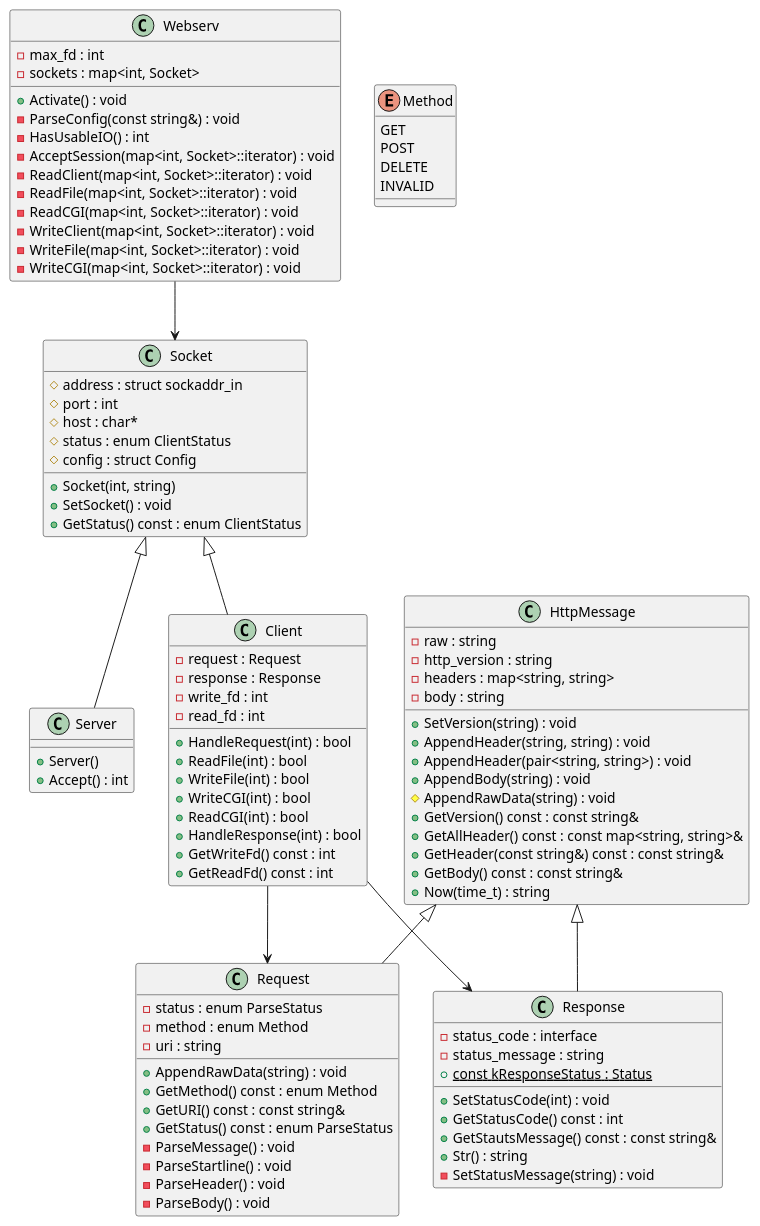
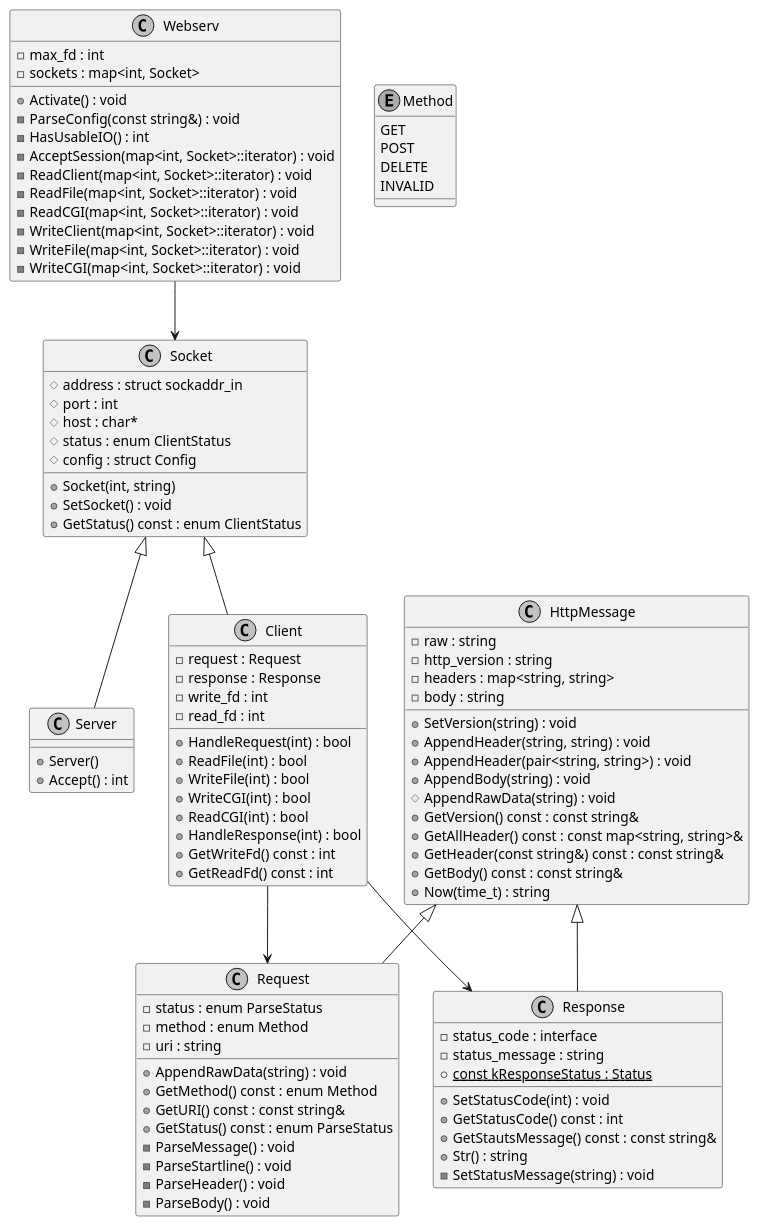
One commit to tkomatsu/webserv changed the diagram in docs/webserb.pu. Above: the diagram before and after it, drawn with PlantUML.

Commit message:
docs(uml): change color to monochrome

```diff
--- a/docs/webserb.pu
+++ b/docs/webserb.pu
@@ -1,106 +1,109 @@
 @startuml webserv
+
+skinparam monochrome true
+skinparam shadowing false
 
 class Webserv {
   - max_fd : int
   - sockets : map<int, Socket>
   + Activate() : void
   - ParseConfig(const string&) : void
   - HasUsableIO() : int
   - AcceptSession(map<int, Socket>::iterator) : void
   - ReadClient(map<int, Socket>::iterator) : void
   - ReadFile(map<int, Socket>::iterator) : void
   - ReadCGI(map<int, Socket>::iterator) : void
   - WriteClient(map<int, Socket>::iterator) : void
   - WriteFile(map<int, Socket>::iterator) : void
   - WriteCGI(map<int, Socket>::iterator) : void
 }
 
 class Socket {
   # address : struct sockaddr_in
   # port : int
   # host : char*
   # status : enum ClientStatus
   # config : struct Config
   + Socket(int, string)
   + SetSocket() : void
   + GetStatus() const : enum ClientStatus
 }
 
 class Server {
   + Server()
   + Accept() : int
 }
 
 class Client {
   - request : Request
   - response : Response
   - write_fd : int
   - read_fd : int
   + HandleRequest(int) : bool
   + ReadFile(int) : bool
   + WriteFile(int) : bool
   + WriteCGI(int) : bool
   + ReadCGI(int) : bool
   + HandleResponse(int) : bool
   + GetWriteFd() const : int
   + GetReadFd() const : int
 }
 
 class Request {
   - status : enum ParseStatus
   - method : enum Method
   - uri : string
   + AppendRawData(string) : void
   + GetMethod() const : enum Method
   + GetURI() const : const string&
   + GetStatus() const : enum ParseStatus
   - ParseMessage() : void
   - ParseStartline() : void
   - ParseHeader() : void
   - ParseBody() : void
 }
 
 class Response {
   - status_code : interface
   - status_message : string
   + {static} const kResponseStatus : Status
   + SetStatusCode(int) : void
   + GetStatusCode() const : int
   + GetStautsMessage() const : const string&
   + Str() : string
   - SetStatusMessage(string) : void
 }
 
 class HttpMessage {
   - raw : string
   - http_version : string
   - headers : map<string, string>
   - body : string
   + SetVersion(string) : void
   + AppendHeader(string, string) : void
   + AppendHeader(pair<string, string>) : void
   + AppendBody(string) : void
   # AppendRawData(string) : void
   + GetVersion() const : const string&
   + GetAllHeader() const : const map<string, string>&
   + GetHeader(const string&) const : const string&
   + GetBody() const : const string&
   + Now(time_t) : string
 }
 
 enum Method {
   GET
   POST
   DELETE
   INVALID
 }
 
 Webserv --> Socket
 Socket <|-- Client
 Socket <|-- Server
 Client --> Request
 Client --> Response
 HttpMessage <|-- Request
 HttpMessage <|-- Response
 
 @enduml
```
